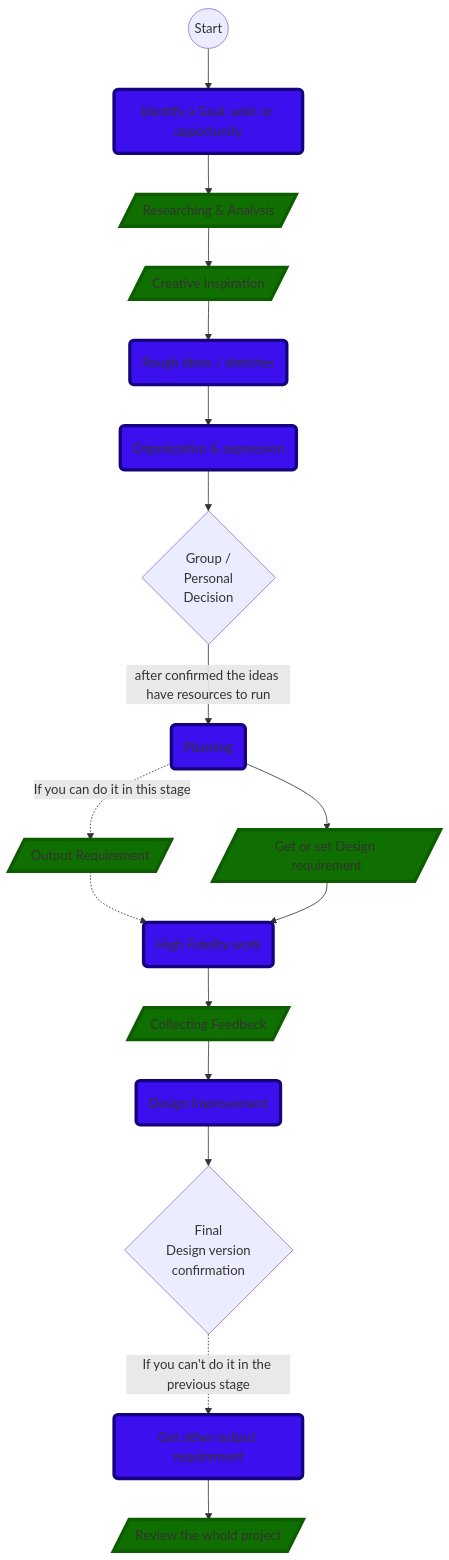
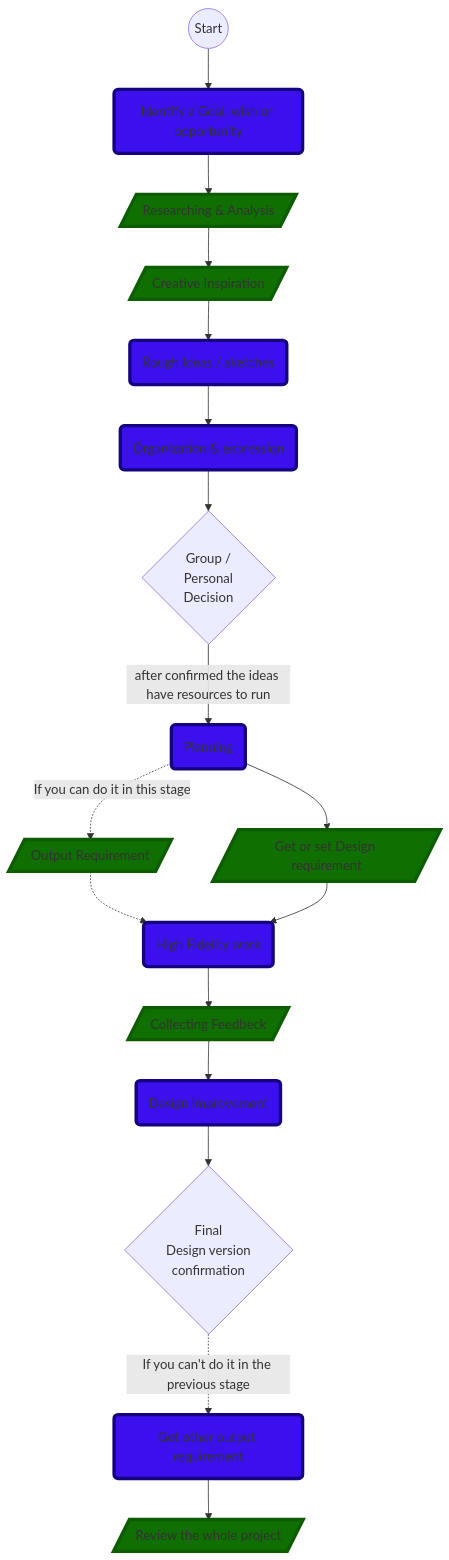
Before and after one commit to elifdesign/Elif-Design: the second of 3 diagrams in Catalog.md, drawn with Mermaid.

````diff
--- a/Catalog.md
+++ b/Catalog.md
@@ -15,33 +15,33 @@
 ```mermaid
 flowchart TD
 id1((Start)) --> A(Identify a Goal. wish or opportunity)
 style A fill:#3B0FEE,stroke:#14027E,stroke-width:4px
 A(Identify a Goal. wish or opportunity) --> B[/Researching & Analysis/]
 style B fill:#0F6F00,stroke:#0D5C00,stroke-width:4px
 B --> C[/Creative Inspiration/]
 style C fill:#0F6F00,stroke:#0D5C00,stroke-width:4px
 C --> D(Rough Ideas / sketches)
 style D fill:#3B0FEE,stroke:#14027E,stroke-width:4px
 D --> E(Organization & expression)
 style E fill:#3B0FEE,stroke:#14027E,stroke-width:4px
 E --> F{Group / <br> Personal <br> Decision}
 F --> |after confirmed the ideas have resources to run| G(Planning)
 style G fill:#3B0FEE,stroke:#14027E,stroke-width:4px
 G --> H[/Get or set Design requirement/]
 style H fill:#0F6F00,stroke:#0D5C00,stroke-width:4px
 click H "https://github.com/elifdesign/Elif-Design/tree/main/Get%20or%20set%20Design%20requirement"
 G -.If you can do it in this stage.-> I[/Output Requirement/]
 style I fill:#0F6F00,stroke:#0D5C00,stroke-width:4px
 I -.-> J(High Fidelity work)
 style J fill:#3B0FEE,stroke:#14027E,stroke-width:4px
 H --> J(High Fidelity work)
 J --> K[/Collecting Feedbeck/]
 style K fill:#0F6F00,stroke:#0D5C00,stroke-width:4px
 K --> L(Design Improvement)
 style L fill:#3B0FEE,stroke:#14027E,stroke-width:4px
 L --> M{Final <br> Design version <br> confirmation}
 M -.If you can't do it in the previous stage.-> N(Get other output requirement)
 style N fill:#3B0FEE,stroke:#14027E,stroke-width:4px
-N --> O[/Review the whold project/]
+N --> O[/Review the whole project/]
 style O fill:#0F6F00,stroke:#0D5C00,stroke-width:4px
 ```
````
